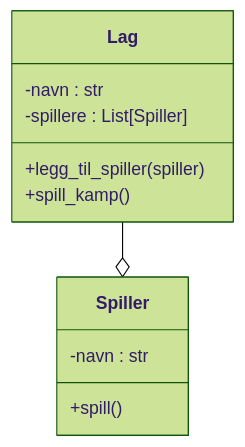
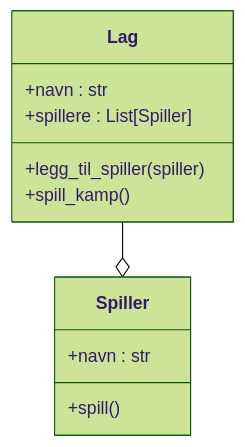
One commit to thorcc/it2-bok changed the sixth of 7 diagrams in src/content/docs/apputvikling/1-oom.mdx. Above: the diagram before and after it, drawn with Mermaid (forest theme). The commit also changed other lines of this file, not shown here.

````diff
--- a/src/content/docs/apputvikling/1-oom.mdx
+++ b/src/content/docs/apputvikling/1-oom.mdx
@@ -357,17 +357,17 @@
 ```mermaid
 classDiagram
 Lag --o Spiller
 
 class Lag {
-    -navn : str
-    -spillere : List[Spiller]
+    +navn : str
+    +spillere : List[Spiller]
     +legg_til_spiller(spiller)
     +spill_kamp()
 }
 
 class Spiller {
-    -navn : str
+    +navn : str
     +spill()
 }
 
 ```
````
